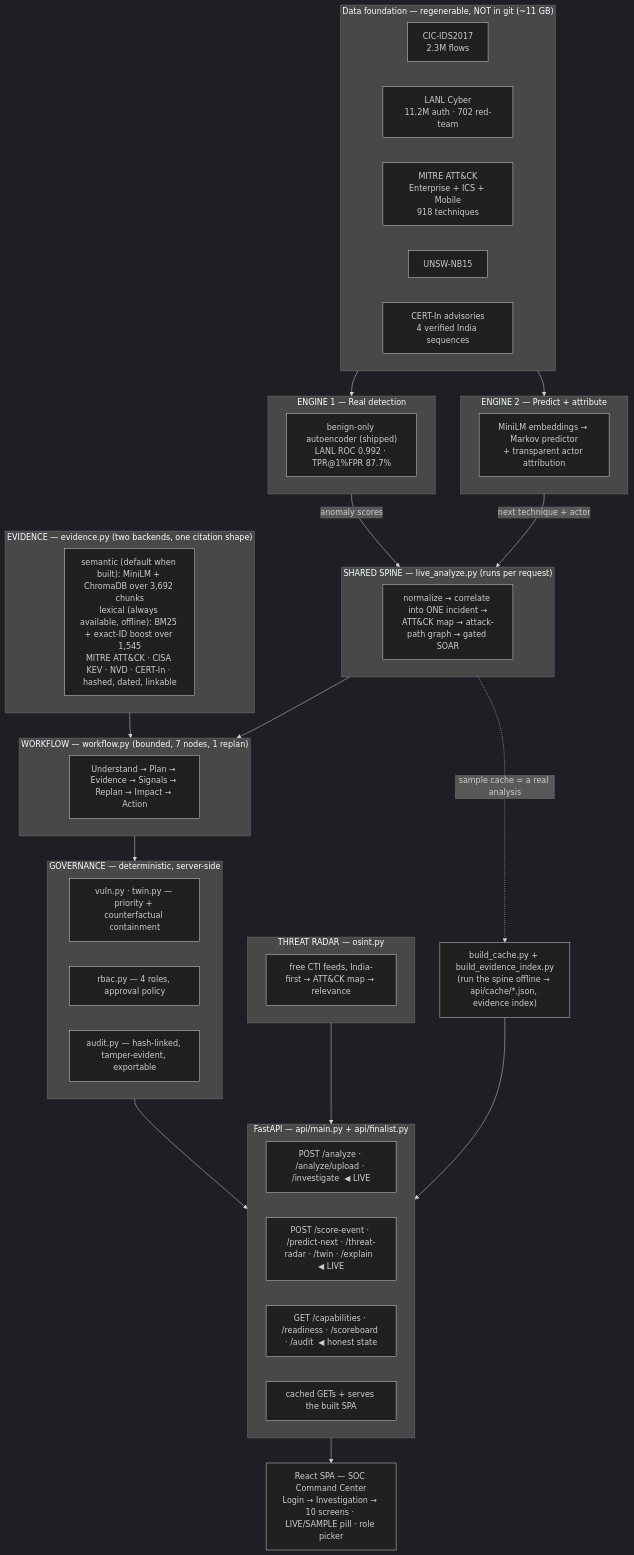
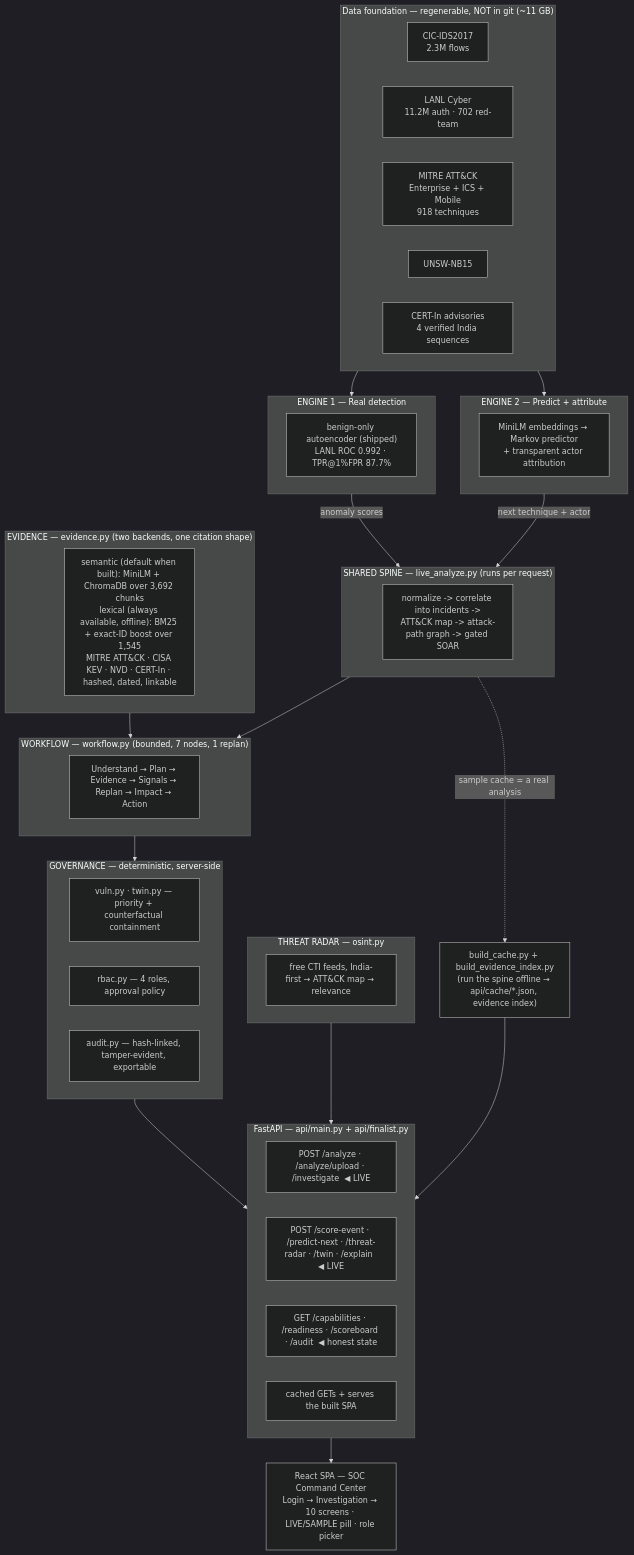
One commit to RishiiGamer2201/resilience-graph-ai changed the diagram in README.md. Above: the diagram before and after it, drawn with Mermaid (dark theme). The commit also changed 8 other files, not shown here.

First line of the commit message:
docs: the "one incident" story was the return shape, not a finding

````diff
--- a/README.md
+++ b/README.md
@@ -82,62 +82,62 @@
 ```mermaid
 flowchart TB
   subgraph DATA["Data foundation — regenerable, NOT in git (~11 GB)"]
     CIC["CIC-IDS2017<br/>2.3M flows"]
     LANL["LANL Cyber<br/>11.2M auth · 702 red-team"]
     ATTACK["MITRE ATT&CK<br/>Enterprise + ICS + Mobile<br/>918 techniques"]
     UNSW["UNSW-NB15"]
     CERTIN["CERT-In advisories<br/>4 verified India sequences"]
   end
 
   subgraph E1["ENGINE 1 — Real detection"]
     IF["benign-only autoencoder (shipped)<br/>LANL ROC 0.992 · TPR@1%FPR 87.7%"]
   end
   subgraph E2["ENGINE 2 — Predict + attribute"]
     PRED["MiniLM embeddings → Markov predictor<br/>+ transparent actor attribution"]
   end
 
   DATA --> E1
   DATA --> E2
 
   subgraph SPINE["SHARED SPINE — live_analyze.py (runs per request)"]
-    S["normalize → correlate into ONE incident →<br/>ATT&CK map → attack-path graph → gated SOAR"]
+    S["normalize -> correlate into incidents -><br/>ATT&CK map -> attack-path graph -> gated SOAR"]
   end
   E1 -- "anomaly scores" --> SPINE
   E2 -- "next technique + actor" --> SPINE
 
   subgraph RADAR["THREAT RADAR — osint.py"]
     FEEDS["free CTI feeds, India-first → ATT&CK map → relevance"]
   end
 
   subgraph EV["EVIDENCE — evidence.py (two backends, one citation shape)"]
     IDX["semantic (default when built): MiniLM + ChromaDB over 3,692 chunks<br/>lexical (always available, offline): BM25 + exact-ID boost over 1,545<br/>MITRE ATT&CK · CISA KEV · NVD · CERT-In · hashed, dated, linkable"]
   end
 
   subgraph GOV["GOVERNANCE — deterministic, server-side"]
     G1["vuln.py · twin.py — priority + counterfactual containment"]
     G2["rbac.py — 4 roles, approval policy"]
     G3["audit.py — hash-linked, tamper-evident, exportable"]
   end
 
   subgraph WF["WORKFLOW — workflow.py (bounded, 7 nodes, 1 replan)"]
     W["Understand → Plan → Evidence → Signals → Replan → Impact → Action"]
   end
 
   SPINE --> WF
   EV --> WF
   WF --> GOV
   RADAR --> API
   GOV --> API
   BUILD["build_cache.py + build_evidence_index.py<br/>(run the spine offline → api/cache/*.json, evidence index)"]
   SPINE -. "sample cache = a real analysis" .-> BUILD
   BUILD --> API
 
   subgraph API["FastAPI — api/main.py + api/finalist.py"]
     A1["POST /analyze · /analyze/upload · /investigate  ◀ LIVE"]
     A2["POST /score-event · /predict-next · /threat-radar · /twin · /explain  ◀ LIVE"]
     A3["GET /capabilities · /readiness · /scoreboard · /audit  ◀ honest state"]
     A4["cached GETs + serves the built SPA"]
   end
 
   API --> SPA["React SPA — SOC Command Center<br/>Login → Investigation → 10 screens · LIVE/SAMPLE pill · role picker"]
 ```
````
